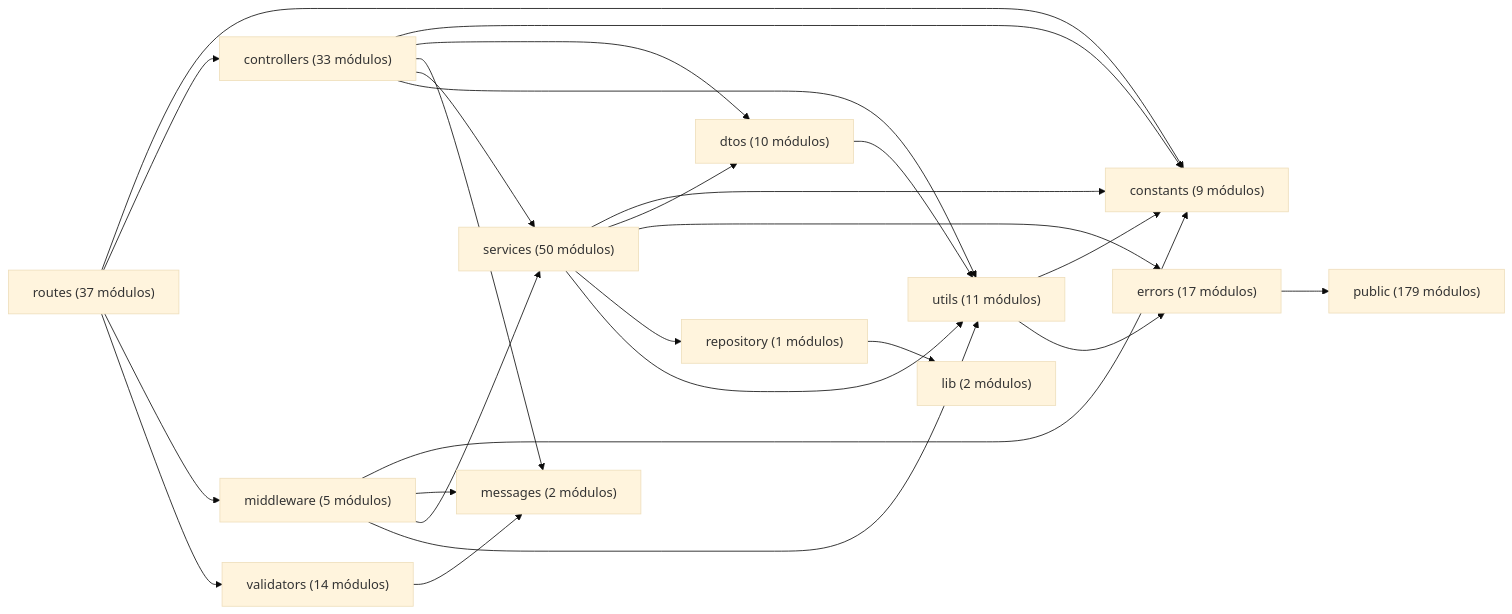
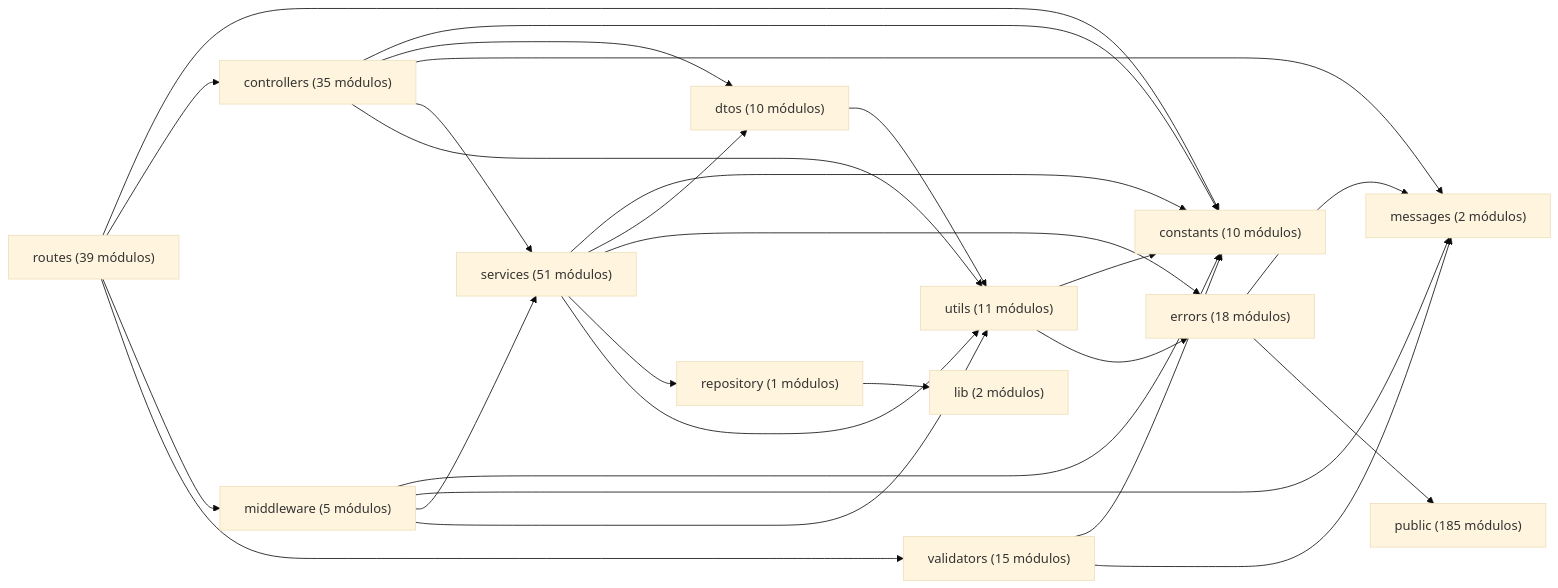
The diagram in docs/generated/code-map.md (gpgsistemas01/nexus), drawn with Mermaid (base theme) before and after one commit. The commit also changed other lines of this file and 62 other files, not shown here.

````diff
--- a/docs/generated/code-map.md
+++ b/docs/generated/code-map.md
@@ -15,27 +15,29 @@
 ```mermaid
 flowchart LR
-    controllers["controllers (33 módulos)"] --> constants["constants (9 módulos)"]
-    controllers["controllers (33 módulos)"] --> dtos["dtos (10 módulos)"]
-    controllers["controllers (33 módulos)"] --> messages["messages (2 módulos)"]
-    controllers["controllers (33 módulos)"] --> services["services (50 módulos)"]
-    controllers["controllers (33 módulos)"] --> utils["utils (11 módulos)"]
+    controllers["controllers (35 módulos)"] --> constants["constants (10 módulos)"]
+    controllers["controllers (35 módulos)"] --> dtos["dtos (10 módulos)"]
+    controllers["controllers (35 módulos)"] --> messages["messages (2 módulos)"]
+    controllers["controllers (35 módulos)"] --> services["services (51 módulos)"]
+    controllers["controllers (35 módulos)"] --> utils["utils (11 módulos)"]
     dtos["dtos (10 módulos)"] --> utils["utils (11 módulos)"]
-    errors["errors (17 módulos)"] --> public["public (179 módulos)"]
-    middleware["middleware (5 módulos)"] --> constants["constants (9 módulos)"]
+    errors["errors (18 módulos)"] --> messages["messages (2 módulos)"]
+    errors["errors (18 módulos)"] --> public["public (185 módulos)"]
+    middleware["middleware (5 módulos)"] --> constants["constants (10 módulos)"]
     middleware["middleware (5 módulos)"] --> messages["messages (2 módulos)"]
-    middleware["middleware (5 módulos)"] --> services["services (50 módulos)"]
+    middleware["middleware (5 módulos)"] --> services["services (51 módulos)"]
     middleware["middleware (5 módulos)"] --> utils["utils (11 módulos)"]
     repository["repository (1 módulos)"] --> lib["lib (2 módulos)"]
-    routes["routes (37 módulos)"] --> constants["constants (9 módulos)"]
-    routes["routes (37 módulos)"] --> controllers["controllers (33 módulos)"]
-    routes["routes (37 módulos)"] --> middleware["middleware (5 módulos)"]
-    routes["routes (37 módulos)"] --> validators["validators (14 módulos)"]
-    services["services (50 módulos)"] --> constants["constants (9 módulos)"]
-    services["services (50 módulos)"] --> dtos["dtos (10 módulos)"]
-    services["services (50 módulos)"] --> errors["errors (17 módulos)"]
-    services["services (50 módulos)"] --> repository["repository (1 módulos)"]
-    services["services (50 módulos)"] --> utils["utils (11 módulos)"]
-    utils["utils (11 módulos)"] --> constants["constants (9 módulos)"]
-    utils["utils (11 módulos)"] --> errors["errors (17 módulos)"]
-    validators["validators (14 módulos)"] --> messages["messages (2 módulos)"]
+    routes["routes (39 módulos)"] --> constants["constants (10 módulos)"]
+    routes["routes (39 módulos)"] --> controllers["controllers (35 módulos)"]
+    routes["routes (39 módulos)"] --> middleware["middleware (5 módulos)"]
+    routes["routes (39 módulos)"] --> validators["validators (15 módulos)"]
+    services["services (51 módulos)"] --> constants["constants (10 módulos)"]
+    services["services (51 módulos)"] --> dtos["dtos (10 módulos)"]
+    services["services (51 módulos)"] --> errors["errors (18 módulos)"]
+    services["services (51 módulos)"] --> repository["repository (1 módulos)"]
+    services["services (51 módulos)"] --> utils["utils (11 módulos)"]
+    utils["utils (11 módulos)"] --> constants["constants (10 módulos)"]
+    utils["utils (11 módulos)"] --> errors["errors (18 módulos)"]
+    validators["validators (15 módulos)"] --> constants["constants (10 módulos)"]
+    validators["validators (15 módulos)"] --> messages["messages (2 módulos)"]
 ```
````
